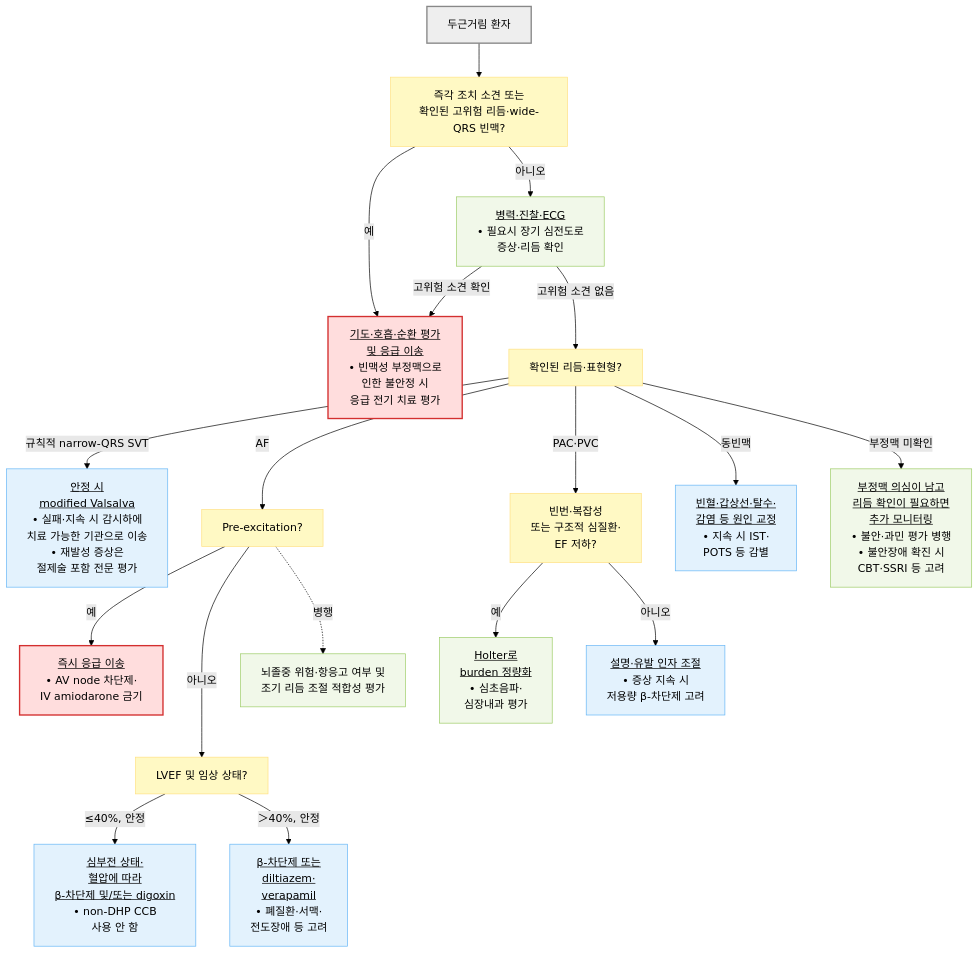
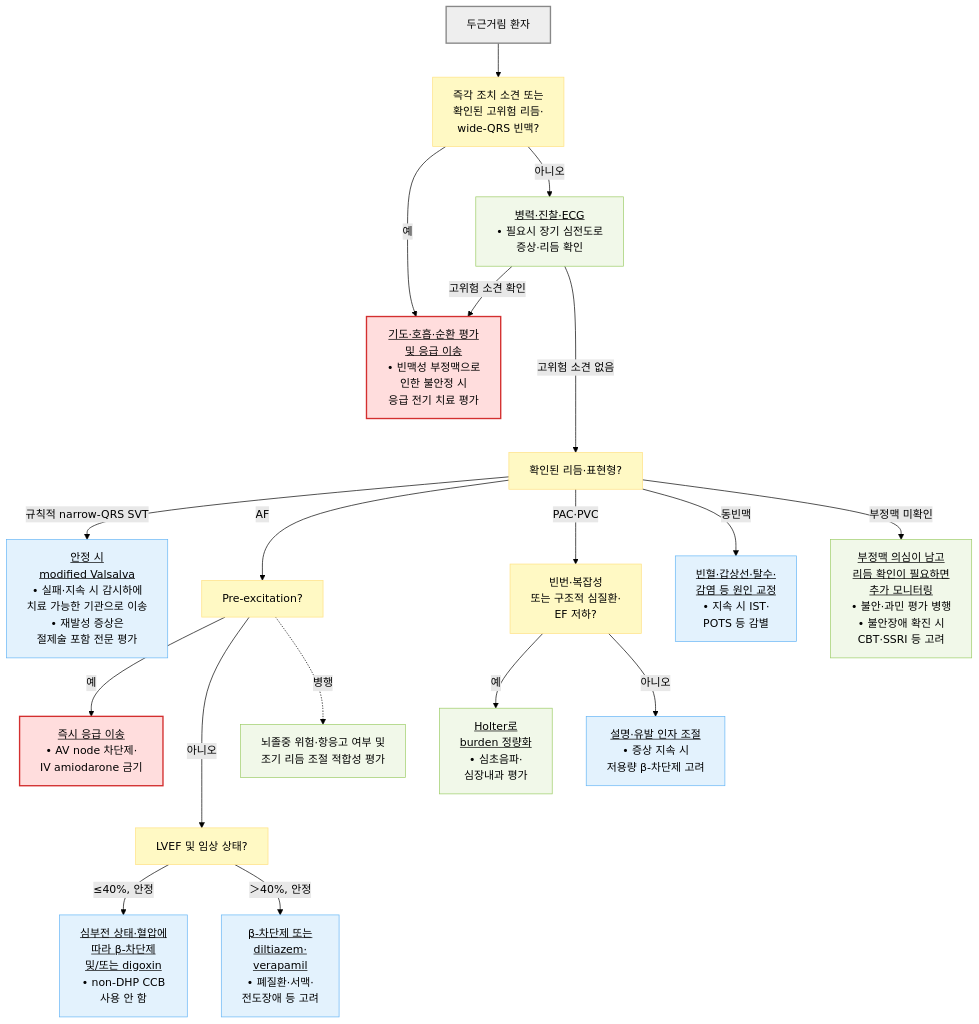
The diagram in 220_/009_-palpitation.md (familyoh77/familyoh77), drawn with Mermaid (forest theme) before and after one commit. The commit also changed other lines of this file, not shown here.

Commit message:
GITBOOK-2077: No subject

````diff
--- a/220_/009_-palpitation.md
+++ b/220_/009_-palpitation.md
@@ -246,30 +246,30 @@
 ```mermaid
 flowchart TD
-    Start["두근거림 환자"] --> EmergencyQ["즉각 조치 소견 또는<br/>확인된 고위험 리듬·wide-QRS 빈맥?"]
+    Start["두근거림 환자"] --> EmergencyQ["즉각 조치 소견 또는<br/>확인된 고위험 리듬·<br/>wide-QRS 빈맥?"]
     EmergencyQ -- "예" --> Emergency["<u>기도·호흡·순환 평가 <br/>및 응급 이송</u><br/>• 빈맥성 부정맥으로 <br/>인한 불안정 시 <br/>응급 전기 치료 평가"]
     EmergencyQ -- "아니오" --> Assess["<u>병력·진찰·ECG</u><br/>• 필요시 장기 심전도로 <br/>증상·리듬 확인"]
     Assess -- "고위험 소견 확인" --> Emergency
-    Assess -- "고위험 소견 없음" --> Rhythm["확인된 리듬·표현형?"]
+    Assess -- "고위험 소견 없음" ---> Rhythm["확인된 리듬·표현형?"]
     Rhythm -- "규칙적 narrow-QRS SVT" --> Vagal["<u>안정 시 <br/>modified Valsalva</u><br/>• 실패·지속 시 감시하에 <br/>치료 가능한 기관으로 이송<br/>• 재발성 증상은 <br/>절제술 포함 전문 평가"]
     Rhythm -- "AF" --> PreEx["Pre-excitation?"]
     PreEx -- "예" --> WPW["<u>즉시 응급 이송</u><br/>• AV node 차단제·<br/>IV amiodarone 금기"]
     PreEx -- "아니오" ---> EF["LVEF 및 임상 상태?"]
-    EF -- "≤40%, 안정" --> AFhf["<u>심부전 상태·<br/>혈압에 따라 <br/>β-차단제 및/또는 digoxin</u><br/>• non-DHP CCB <br/>사용 안 함"]
+    EF -- "≤40%, 안정" --> AFhf["<u>심부전 상태·혈압에 <br/>따라 β-차단제 <br/>및/또는 digoxin</u><br/>• non-DHP CCB <br/>사용 안 함"]
     EF -- "＞40%, 안정" --> AFnormal["<u>β-차단제 또는 <br/>diltiazem·<br/>verapamil</u><br/>• 폐질환·서맥·<br/>전도장애 등 고려"]
     PreEx -. "병행" .-> Stroke["뇌졸중 위험·항응고 여부 및<br/>조기 리듬 조절 적합성 평가"]
     Rhythm -- "PAC·PVC" --> Burden["빈번·복잡성 <br/>또는 구조적 심질환·<br/>EF 저하?"]
     Burden -- "예" --> Refer["<u>Holter로 <br/>burden 정량화</u><br/>• 심초음파·<br/>심장내과 평가"]
     Burden -- "아니오" --> Reassure["<u>설명·유발 인자 조절</u><br/>• 증상 지속 시 <br/>저용량 β-차단제 고려"]
     Rhythm -- "동빈맥" --> Sinus["<u>빈혈·갑상선·탈수·<br/>감염 등 원인 교정</u><br/>• 지속 시 IST·<br/>POTS 등 감별"]
     Rhythm -- "부정맥 미확인" --> Other["<u>부정맥 의심이 남고 <br/>리듬 확인이 필요하면 <br/>추가 모니터링</u><br/>• 불안·과민 평가 병행<br/>• 불안장애 확진 시 <br/>CBT·SSRI 등 고려"]
     classDef start fill:#eeeeee,stroke:#888888,stroke-width:2px
     classDef question fill:#fff9c4,stroke:#ffe082
     classDef emergency fill:#ffdddd,stroke:#d32f2f,stroke-width:2px
     classDef evaluation fill:#f1f8e9,stroke:#9ccc65
     classDef treatment fill:#e3f2fd,stroke:#64b5f6
     class Start start
     class EmergencyQ,Rhythm,PreEx,EF,Burden question
     class Emergency,WPW emergency
     class Assess,Stroke,Refer,Other evaluation
     class Vagal,AFhf,AFnormal,Reassure,Sinus treatment
 ```
````
